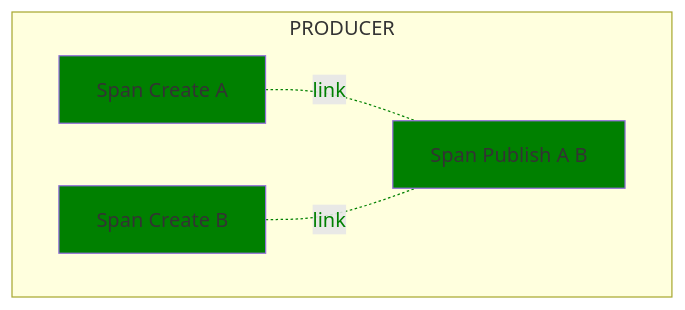
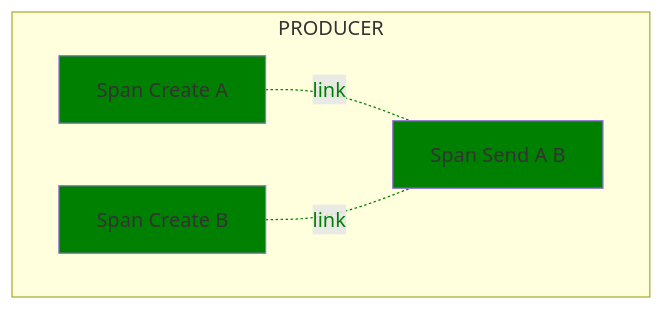
One commit to open-telemetry/semantic-conventions changed the first of 2 diagrams in docs/messaging/gcp-pubsub.md. Above: the diagram before and after it, drawn with Mermaid. The commit also changed other lines of this file and 12 other files, not shown here.

Commit message:
Change messaging.operation.type=publish to send (#1422)

````diff
--- a/docs/messaging/gcp-pubsub.md
+++ b/docs/messaging/gcp-pubsub.md
@@ -126,17 +126,17 @@
 ```mermaid
 flowchart LR;
   subgraph PRODUCER
   direction LR
   CA[Span Create A]
   CB[Span Create B]
-  P[Span Publish A B]
+  P[Span Send A B]
   end
   CA-. link .-P;
   CB-. link .-P;
 
   classDef producer fill:green
   class P,CA,CB producer
   classDef normal fill:green
   class PA,PB,D1 normal
   linkStyle 0,1 color:green,stroke:green
 ```
````
